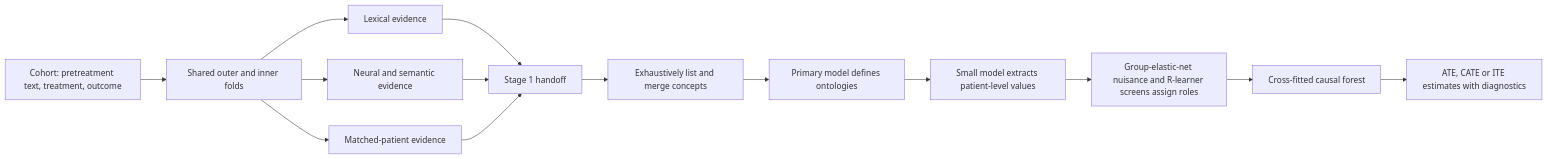
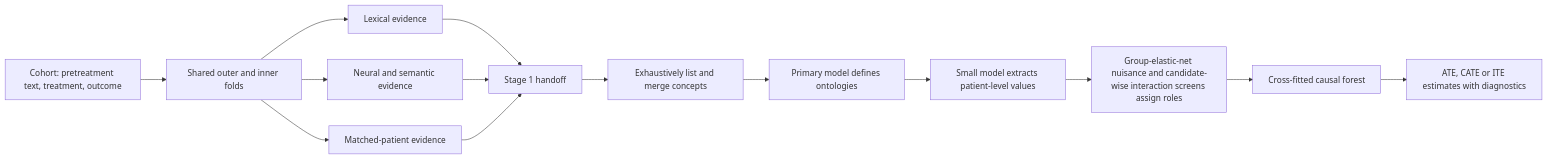
Before and after one commit to kenlkehl/causal-dragonnet-text: the first of 3 diagrams in README.md, drawn with Mermaid. The commit also changed other lines of this file and 10 other files, not shown here.

````diff
--- a/README.md
+++ b/README.md
@@ -215,16 +215,16 @@
 ```mermaid
 flowchart LR
     A["Cohort: pretreatment text, treatment, outcome"] --> B["Shared outer and inner folds"]
     B --> C1["Lexical evidence"]
     B --> C2["Neural and semantic evidence"]
     B --> C3["Matched-patient evidence"]
     C1 --> D["Stage 1 handoff"]
     C2 --> D
     C3 --> D
     D --> E["Exhaustively list and merge concepts"]
     E --> F["Primary model defines ontologies"]
     F --> G["Small model extracts patient-level values"]
-    G --> H["Group-elastic-net nuisance and R-learner screens assign roles"]
+    G --> H["Group-elastic-net nuisance and candidate-wise interaction screens assign roles"]
     H --> J["Cross-fitted causal forest"]
     J --> I["ATE, CATE or ITE estimates with diagnostics"]
 ```
````
